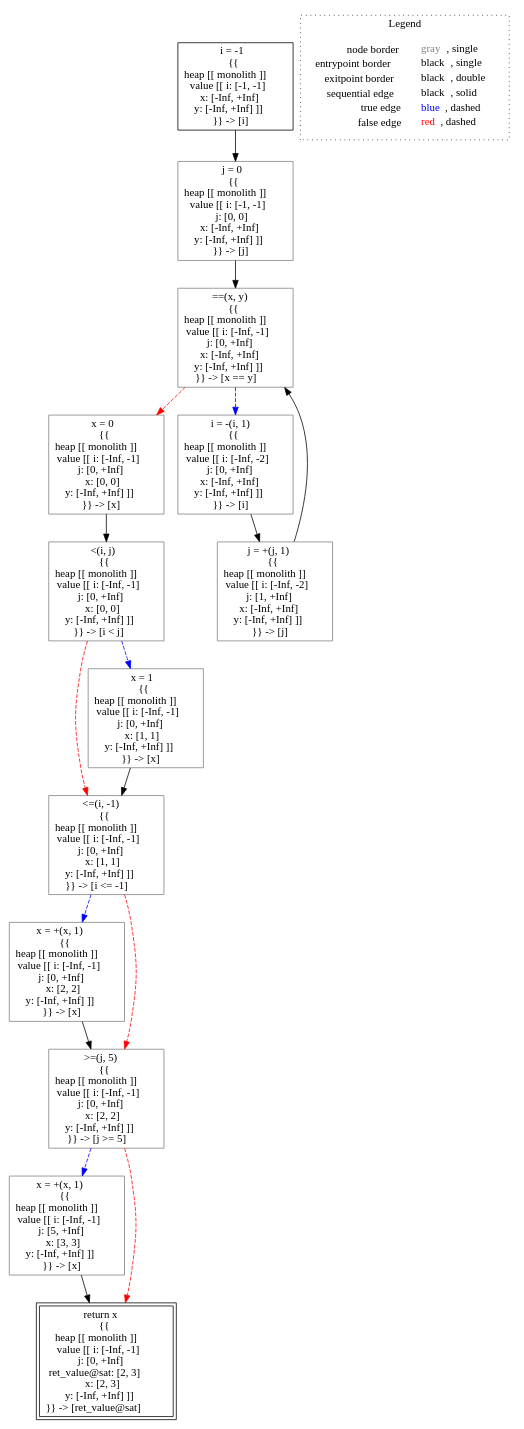
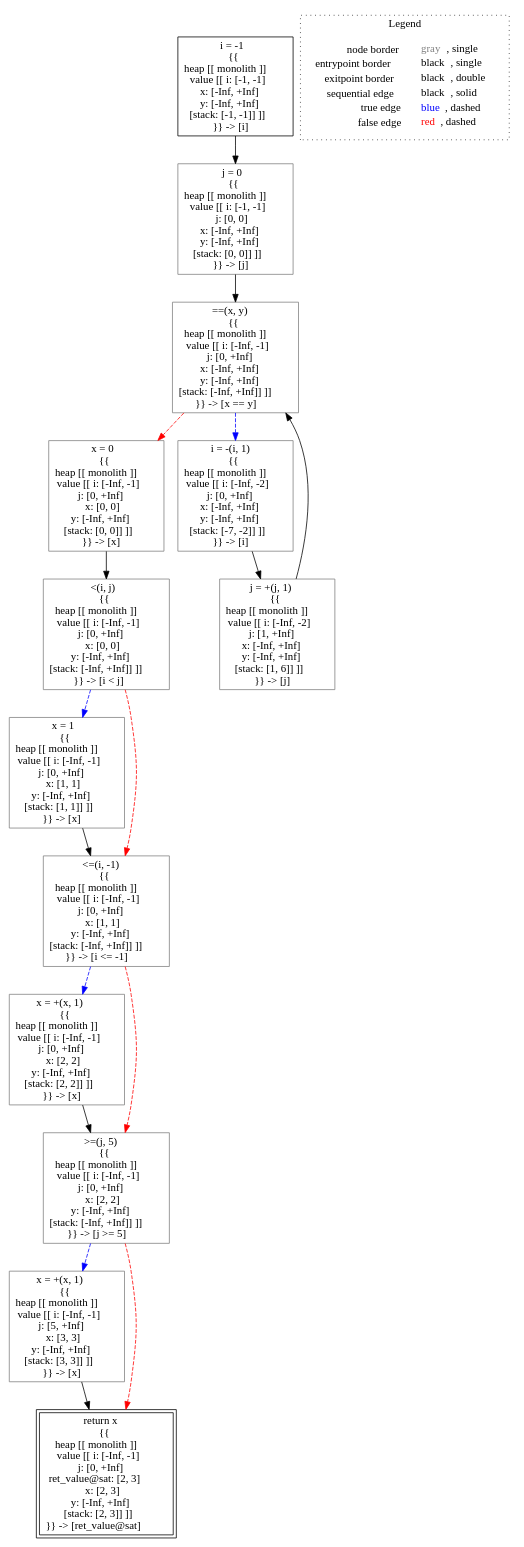
Before and after one commit to lisa-analyzer/lisa: the diagram in lisa/lisa-core/imp-testcases/interval/analysis___untyped_tutorial.sat(tutorial_this,_untyped_x,_untyped_y).dot, drawn with Graphviz. The commit also changed 84 other files, not shown here.

```diff
--- a/lisa/lisa-core/imp-testcases/interval/analysis___untyped_tutorial.sat(tutorial_this,_untyped_x,_untyped_y).dot
+++ b/lisa/lisa-core/imp-testcases/interval/analysis___untyped_tutorial.sat(tutorial_this,_untyped_x,_untyped_y).dot
@@ -1,38 +1,38 @@
 digraph {
-	"node0" [shape="rect",color="black",label=<i = -1<BR/>{{<BR/>heap [[ monolith ]]<BR/>value [[ i: [-1, -1]<BR/>x: [-Inf, +Inf]<BR/>y: [-Inf, +Inf] ]]<BR/>}} -&gt; [i]>];
-	"node1" [shape="rect",color="gray",label=<x = +(x, 1)<BR/>{{<BR/>heap [[ monolith ]]<BR/>value [[ i: [-Inf, -1]<BR/>j: [0, +Inf]<BR/>x: [2, 2]<BR/>y: [-Inf, +Inf] ]]<BR/>}} -&gt; [x]>];
-	"node2" [shape="rect",color="gray",label=<&gt;=(j, 5)<BR/>{{<BR/>heap [[ monolith ]]<BR/>value [[ i: [-Inf, -1]<BR/>j: [0, +Inf]<BR/>x: [2, 2]<BR/>y: [-Inf, +Inf] ]]<BR/>}} -&gt; [j &gt;= 5]>];
-	"node3" [shape="rect",color="gray",label=<&lt;(i, j)<BR/>{{<BR/>heap [[ monolith ]]<BR/>value [[ i: [-Inf, -1]<BR/>j: [0, +Inf]<BR/>x: [0, 0]<BR/>y: [-Inf, +Inf] ]]<BR/>}} -&gt; [i &lt; j]>];
-	"node4" [shape="rect",color="gray",label=<x = +(x, 1)<BR/>{{<BR/>heap [[ monolith ]]<BR/>value [[ i: [-Inf, -1]<BR/>j: [5, +Inf]<BR/>x: [3, 3]<BR/>y: [-Inf, +Inf] ]]<BR/>}} -&gt; [x]>];
-	"node5" [shape="rect",color="gray",label=<==(x, y)<BR/>{{<BR/>heap [[ monolith ]]<BR/>value [[ i: [-Inf, -1]<BR/>j: [0, +Inf]<BR/>x: [-Inf, +Inf]<BR/>y: [-Inf, +Inf] ]]<BR/>}} -&gt; [x == y]>];
-	"node6" [shape="rect",color="gray",label=<x = 0<BR/>{{<BR/>heap [[ monolith ]]<BR/>value [[ i: [-Inf, -1]<BR/>j: [0, +Inf]<BR/>x: [0, 0]<BR/>y: [-Inf, +Inf] ]]<BR/>}} -&gt; [x]>];
-	"node7" [shape="rect",color="gray",label=<&lt;=(i, -1)<BR/>{{<BR/>heap [[ monolith ]]<BR/>value [[ i: [-Inf, -1]<BR/>j: [0, +Inf]<BR/>x: [1, 1]<BR/>y: [-Inf, +Inf] ]]<BR/>}} -&gt; [i &lt;= -1]>];
-	"node8" [shape="rect",color="black",peripheries="2",label=<return x<BR/>{{<BR/>heap [[ monolith ]]<BR/>value [[ i: [-Inf, -1]<BR/>j: [0, +Inf]<BR/>ret_value@sat: [2, 3]<BR/>x: [2, 3]<BR/>y: [-Inf, +Inf] ]]<BR/>}} -&gt; [ret_value@sat]>];
-	"node9" [shape="rect",color="gray",label=<i = -(i, 1)<BR/>{{<BR/>heap [[ monolith ]]<BR/>value [[ i: [-Inf, -2]<BR/>j: [0, +Inf]<BR/>x: [-Inf, +Inf]<BR/>y: [-Inf, +Inf] ]]<BR/>}} -&gt; [i]>];
-	"node10" [shape="rect",color="gray",label=<j = +(j, 1)<BR/>{{<BR/>heap [[ monolith ]]<BR/>value [[ i: [-Inf, -2]<BR/>j: [1, +Inf]<BR/>x: [-Inf, +Inf]<BR/>y: [-Inf, +Inf] ]]<BR/>}} -&gt; [j]>];
-	"node11" [shape="rect",color="gray",label=<j = 0<BR/>{{<BR/>heap [[ monolith ]]<BR/>value [[ i: [-1, -1]<BR/>j: [0, 0]<BR/>x: [-Inf, +Inf]<BR/>y: [-Inf, +Inf] ]]<BR/>}} -&gt; [j]>];
-	"node12" [shape="rect",color="gray",label=<x = 1<BR/>{{<BR/>heap [[ monolith ]]<BR/>value [[ i: [-Inf, -1]<BR/>j: [0, +Inf]<BR/>x: [1, 1]<BR/>y: [-Inf, +Inf] ]]<BR/>}} -&gt; [x]>];
-	"node1" -> "node2" [color="black"];
-	"node2" -> "node4" [color="blue",style="dashed"];
-	"node2" -> "node8" [color="red",style="dashed"];
-	"node0" -> "node11" [color="black"];
-	"node3" -> "node7" [color="red",style="dashed"];
-	"node3" -> "node12" [color="blue",style="dashed"];
-	"node4" -> "node8" [color="black"];
+	"node0" [shape="rect",color="black",label=<i = -1<BR/>{{<BR/>heap [[ monolith ]]<BR/>value [[ i: [-1, -1]<BR/>x: [-Inf, +Inf]<BR/>y: [-Inf, +Inf]<BR/>[stack: [-1, -1]] ]]<BR/>}} -&gt; [i]>];
+	"node1" [shape="rect",color="gray",label=<&lt;(i, j)<BR/>{{<BR/>heap [[ monolith ]]<BR/>value [[ i: [-Inf, -1]<BR/>j: [0, +Inf]<BR/>x: [0, 0]<BR/>y: [-Inf, +Inf]<BR/>[stack: [-Inf, +Inf]] ]]<BR/>}} -&gt; [i &lt; j]>];
+	"node2" [shape="rect",color="gray",label=<x = 1<BR/>{{<BR/>heap [[ monolith ]]<BR/>value [[ i: [-Inf, -1]<BR/>j: [0, +Inf]<BR/>x: [1, 1]<BR/>y: [-Inf, +Inf]<BR/>[stack: [1, 1]] ]]<BR/>}} -&gt; [x]>];
+	"node3" [shape="rect",color="gray",label=<j = 0<BR/>{{<BR/>heap [[ monolith ]]<BR/>value [[ i: [-1, -1]<BR/>j: [0, 0]<BR/>x: [-Inf, +Inf]<BR/>y: [-Inf, +Inf]<BR/>[stack: [0, 0]] ]]<BR/>}} -&gt; [j]>];
+	"node4" [shape="rect",color="gray",label=<x = 0<BR/>{{<BR/>heap [[ monolith ]]<BR/>value [[ i: [-Inf, -1]<BR/>j: [0, +Inf]<BR/>x: [0, 0]<BR/>y: [-Inf, +Inf]<BR/>[stack: [0, 0]] ]]<BR/>}} -&gt; [x]>];
+	"node5" [shape="rect",color="gray",label=<&lt;=(i, -1)<BR/>{{<BR/>heap [[ monolith ]]<BR/>value [[ i: [-Inf, -1]<BR/>j: [0, +Inf]<BR/>x: [1, 1]<BR/>y: [-Inf, +Inf]<BR/>[stack: [-Inf, +Inf]] ]]<BR/>}} -&gt; [i &lt;= -1]>];
+	"node6" [shape="rect",color="gray",label=<==(x, y)<BR/>{{<BR/>heap [[ monolith ]]<BR/>value [[ i: [-Inf, -1]<BR/>j: [0, +Inf]<BR/>x: [-Inf, +Inf]<BR/>y: [-Inf, +Inf]<BR/>[stack: [-Inf, +Inf]] ]]<BR/>}} -&gt; [x == y]>];
+	"node7" [shape="rect",color="gray",label=<x = +(x, 1)<BR/>{{<BR/>heap [[ monolith ]]<BR/>value [[ i: [-Inf, -1]<BR/>j: [5, +Inf]<BR/>x: [3, 3]<BR/>y: [-Inf, +Inf]<BR/>[stack: [3, 3]] ]]<BR/>}} -&gt; [x]>];
+	"node8" [shape="rect",color="black",peripheries="2",label=<return x<BR/>{{<BR/>heap [[ monolith ]]<BR/>value [[ i: [-Inf, -1]<BR/>j: [0, +Inf]<BR/>ret_value@sat: [2, 3]<BR/>x: [2, 3]<BR/>y: [-Inf, +Inf]<BR/>[stack: [2, 3]] ]]<BR/>}} -&gt; [ret_value@sat]>];
+	"node9" [shape="rect",color="gray",label=<x = +(x, 1)<BR/>{{<BR/>heap [[ monolith ]]<BR/>value [[ i: [-Inf, -1]<BR/>j: [0, +Inf]<BR/>x: [2, 2]<BR/>y: [-Inf, +Inf]<BR/>[stack: [2, 2]] ]]<BR/>}} -&gt; [x]>];
+	"node10" [shape="rect",color="gray",label=<&gt;=(j, 5)<BR/>{{<BR/>heap [[ monolith ]]<BR/>value [[ i: [-Inf, -1]<BR/>j: [0, +Inf]<BR/>x: [2, 2]<BR/>y: [-Inf, +Inf]<BR/>[stack: [-Inf, +Inf]] ]]<BR/>}} -&gt; [j &gt;= 5]>];
+	"node11" [shape="rect",color="gray",label=<i = -(i, 1)<BR/>{{<BR/>heap [[ monolith ]]<BR/>value [[ i: [-Inf, -2]<BR/>j: [0, +Inf]<BR/>x: [-Inf, +Inf]<BR/>y: [-Inf, +Inf]<BR/>[stack: [-7, -2]] ]]<BR/>}} -&gt; [i]>];
+	"node12" [shape="rect",color="gray",label=<j = +(j, 1)<BR/>{{<BR/>heap [[ monolith ]]<BR/>value [[ i: [-Inf, -2]<BR/>j: [1, +Inf]<BR/>x: [-Inf, +Inf]<BR/>y: [-Inf, +Inf]<BR/>[stack: [1, 6]] ]]<BR/>}} -&gt; [j]>];
+	"node1" -> "node5" [color="red",style="dashed"];
+	"node1" -> "node2" [color="blue",style="dashed"];
+	"node2" -> "node5" [color="black"];
+	"node3" -> "node6" [color="black"];
+	"node4" -> "node1" [color="black"];
+	"node0" -> "node3" [color="black"];
+	"node5" -> "node10" [color="red",style="dashed"];
 	"node5" -> "node9" [color="blue",style="dashed"];
-	"node5" -> "node6" [color="red",style="dashed"];
-	"node6" -> "node3" [color="black"];
-	"node7" -> "node1" [color="blue",style="dashed"];
-	"node7" -> "node2" [color="red",style="dashed"];
+	"node6" -> "node4" [color="red",style="dashed"];
+	"node6" -> "node11" [color="blue",style="dashed"];
+	"node7" -> "node8" [color="black"];
 	"node9" -> "node10" [color="black"];
-	"node10" -> "node5" [color="black"];
-	"node11" -> "node5" [color="black"];
-	"node12" -> "node7" [color="black"];
+	"node10" -> "node7" [color="blue",style="dashed"];
+	"node10" -> "node8" [color="red",style="dashed"];
+	"node11" -> "node12" [color="black"];
+	"node12" -> "node6" [color="black"];
 subgraph cluster_legend {
 	label="Legend";
 	style=dotted;
 	node [shape=plaintext];
 	"legend" [label=<<table border="0" cellpadding="2" cellspacing="0" cellborder="0"><tr><td align="right">node border&nbsp;</td><td align="left"><font color="gray">gray</font>, single</td></tr><tr><td align="right">entrypoint border&nbsp;</td><td align="left"><font color="black">black</font>, single</td></tr><tr><td align="right">exitpoint border&nbsp;</td><td align="left"><font color="black">black</font>, double</td></tr><tr><td align="right">sequential edge&nbsp;</td><td align="left"><font color="black">black</font>, solid</td></tr><tr><td align="right">true edge&nbsp;</td><td align="left"><font color="blue">blue</font>, dashed</td></tr><tr><td align="right">false edge&nbsp;</td><td align="left"><font color="red">red</font>, dashed</td></tr></table>>];
 }
 
 }
```
